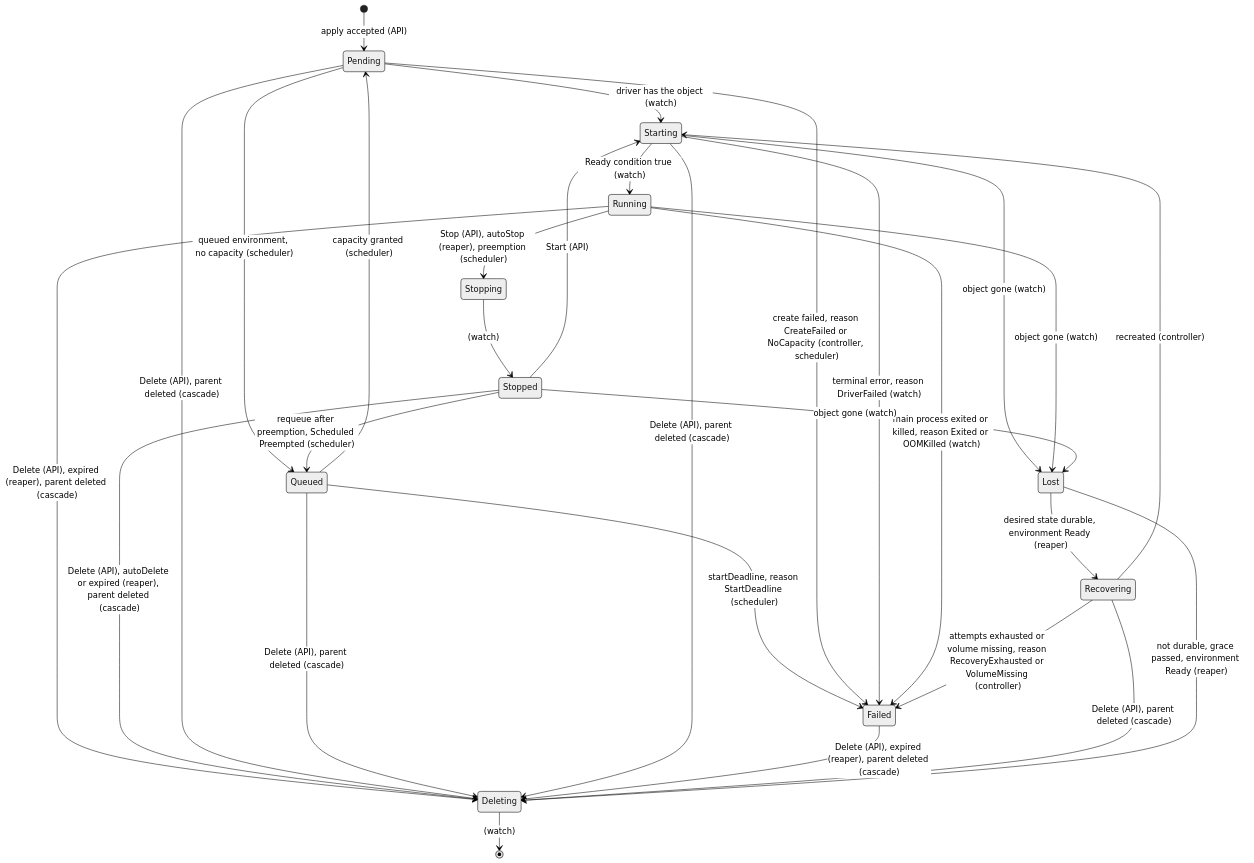
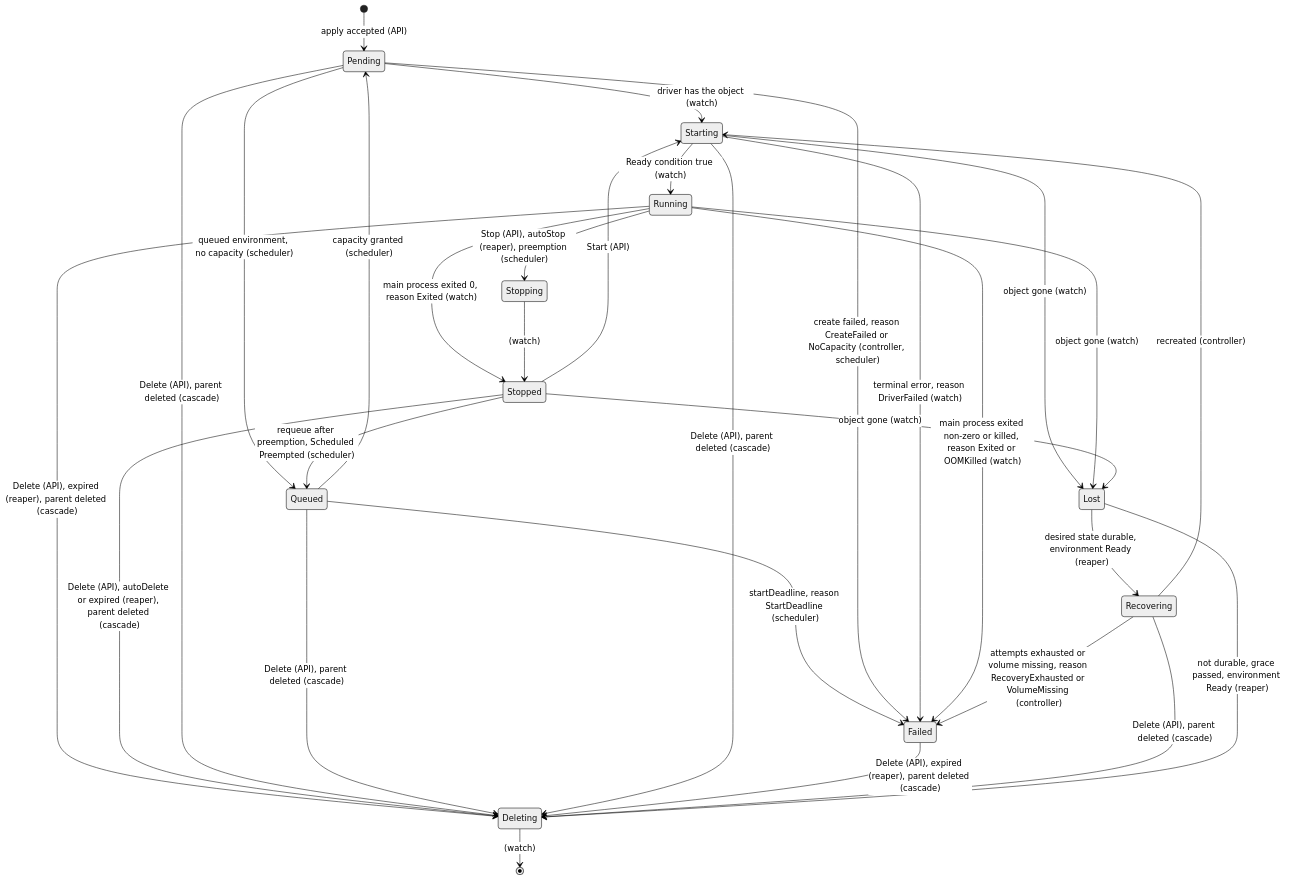
The diagram in specs/005-lifecycle-controller.md (latere-ai/cella), drawn with Mermaid (neutral theme) before and after one commit. The commit also changed 8 other files, not shown here.

````diff
--- a/specs/005-lifecycle-controller.md
+++ b/specs/005-lifecycle-controller.md
@@ -44,31 +44,32 @@
 ```mermaid
 stateDiagram-v2
   [*] --> Pending: apply accepted (API)
   Pending --> Queued: queued environment, no capacity (scheduler)
   Queued --> Pending: capacity granted (scheduler)
   Queued --> Failed: startDeadline, reason StartDeadline (scheduler)
   Pending --> Failed: create failed, reason CreateFailed or NoCapacity (controller, scheduler)
   Pending --> Starting: driver has the object (watch)
   Starting --> Running: Ready condition true (watch)
   Starting --> Failed: terminal error, reason DriverFailed (watch)
   Starting --> Lost: object gone (watch)
-  Running --> Failed: main process exited or killed, reason Exited or OOMKilled (watch)
+  Running --> Stopped: main process exited 0, reason Exited (watch)
+  Running --> Failed: main process exited non-zero or killed, reason Exited or OOMKilled (watch)
   Running --> Stopping: Stop (API), autoStop (reaper), preemption (scheduler)
   Stopping --> Stopped: (watch)
   Stopped --> Starting: Start (API)
   Stopped --> Queued: requeue after preemption, Scheduled Preempted (scheduler)
   Running --> Deleting: Delete (API), expired (reaper), parent deleted (cascade)
   Stopped --> Deleting: Delete (API), autoDelete or expired (reaper), parent deleted (cascade)
   Pending --> Deleting: Delete (API), parent deleted (cascade)
   Queued --> Deleting: Delete (API), parent deleted (cascade)
   Starting --> Deleting: Delete (API), parent deleted (cascade)
   Failed --> Deleting: Delete (API), expired (reaper), parent deleted (cascade)
   Recovering --> Deleting: Delete (API), parent deleted (cascade)
   Running --> Lost: object gone (watch)
   Stopped --> Lost: object gone (watch)
   Lost --> Recovering: desired state durable, environment Ready (reaper)
   Lost --> Deleting: not durable, grace passed, environment Ready (reaper)
   Recovering --> Starting: recreated (controller)
   Recovering --> Failed: attempts exhausted or volume missing, reason RecoveryExhausted or VolumeMissing (controller)
   Deleting --> [*]: (watch)
 ```
````
